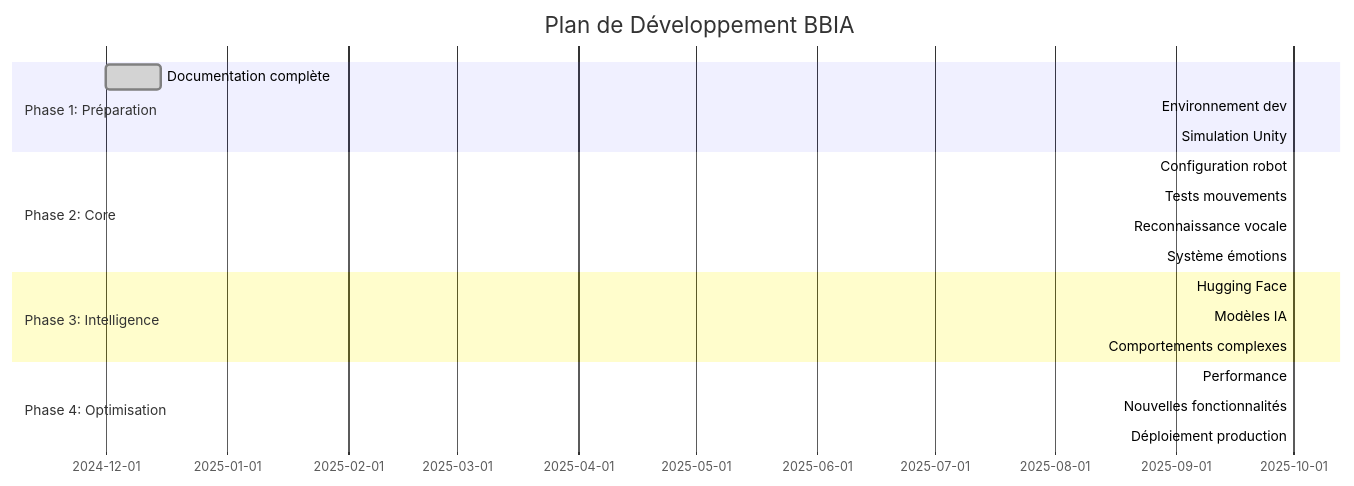
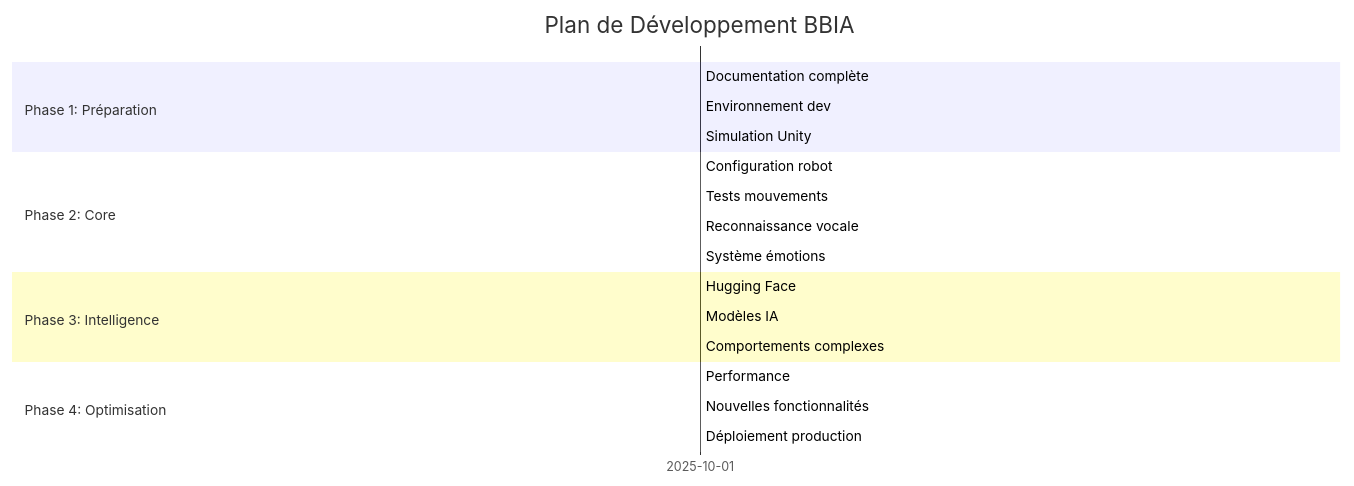
Before and after one commit to arkalia-luna-system/bbia-sim: the second of 4 diagrams in docs/guides/REACHY_MINI_WIRELESS_COMPLETE_GUIDE.md, drawn with Mermaid. The commit also changed 884 other files, not shown here.

````diff
--- a/docs/guides/REACHY_MINI_WIRELESS_COMPLETE_GUIDE.md
+++ b/docs/guides/REACHY_MINI_WIRELESS_COMPLETE_GUIDE.md
@@ -190,25 +190,25 @@
 ```mermaid
 gantt
     title Plan de Développement BBIA
     dateFormat  YYYY-MM-DD
     section Phase 1: Préparation
-    Documentation complète    :done, doc, 2024-12-01, 2024-12-15
+    Documentation complète    :done, doc, octobre 2025, octobre 2025
     Environnement dev        :active, env, Octobre 2025, Octobre 2025
     Simulation Unity         :sim, Octobre 2025, Octobre 2025
 
     section Phase 2: Core
     Configuration robot      :robot, Octobre 2025, Octobre 2025
     Tests mouvements         :move, Octobre 2025, Octobre 2025
     Reconnaissance vocale    :voice, Octobre 2025, Octobre 2025
     Système émotions         :emotions, Octobre 2025, Octobre 2025
 
     section Phase 3: Intelligence
     Hugging Face             :hf, Octobre 2025, Octobre 2025
     Modèles IA               :ai, Octobre 2025, Octobre 2025
     Comportements complexes  :behavior, Octobre 2025, Octobre 2025
 
     section Phase 4: Optimisation
     Performance              :perf, Octobre 2025, Octobre 2025
     Nouvelles fonctionnalités :feat, Octobre 2025, Octobre 2025
     Déploiement production   :deploy, Octobre 2025, Octobre 2025
 ```
````
